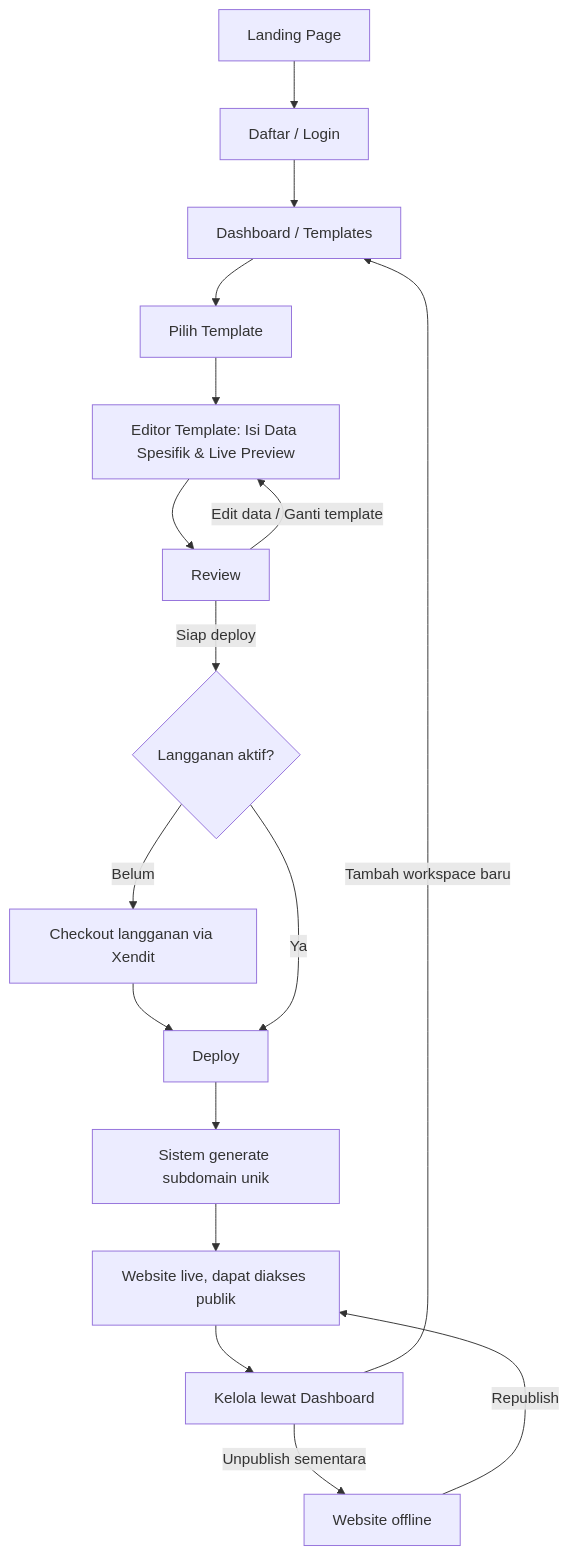
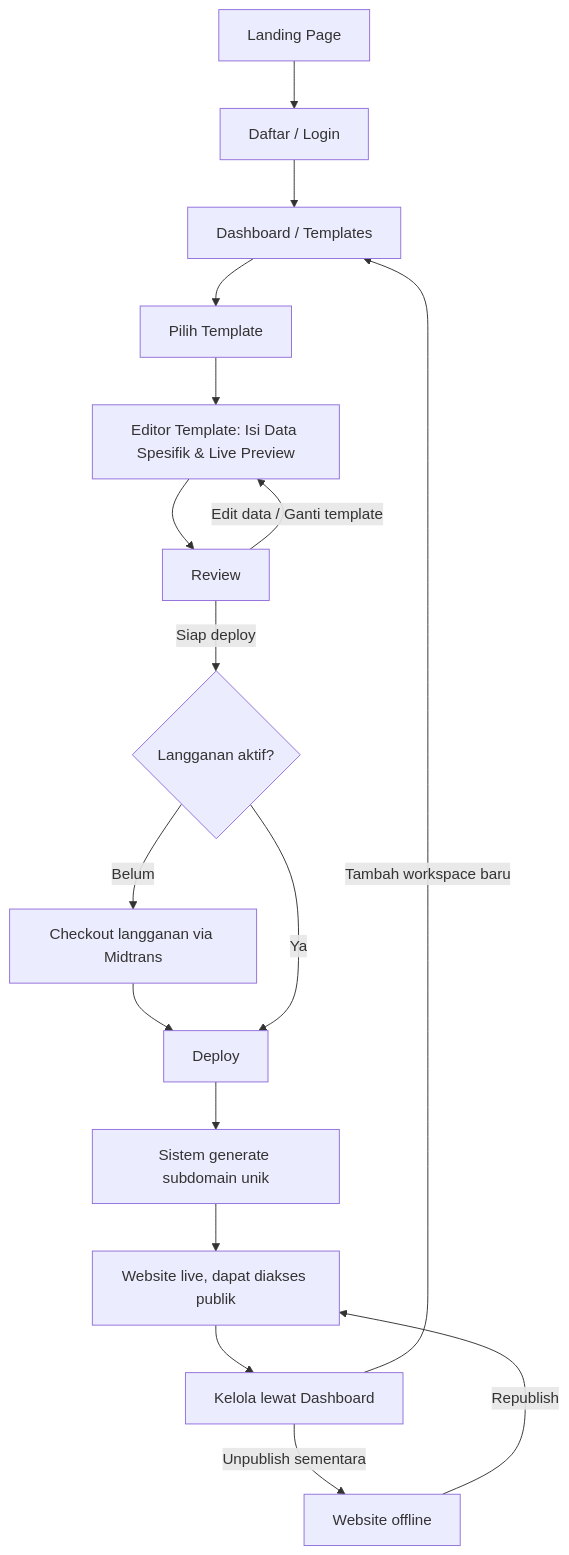
Before and after one commit to portofio-official/portofio-saas: the diagram in docs/PRD.md, drawn with Mermaid. The commit also changed other lines of this file and 7 other files, not shown here.

First line of the commit message:
chore(docs): sync remaining Xendit references to Midtrans billing

````diff
--- a/docs/PRD.md
+++ b/docs/PRD.md
@@ -93,19 +93,19 @@
 ```mermaid
 flowchart TD
     Z[Landing Page] --> A[Daftar / Login]
     A --> Dash[Dashboard / Templates]
     Dash --> C[Pilih Template]
     C --> C4[Editor Template: Isi Data Spesifik & Live Preview]
     C4 --> R[Review]
     R -- Edit data / Ganti template --> C4
     R -- Siap deploy --> P{Langganan aktif?}
-    P -- Belum --> Q[Checkout langganan via Xendit]
+    P -- Belum --> Q[Checkout langganan via Midtrans]
     Q --> F[Deploy]
     P -- Ya --> F
     F --> G[Sistem generate subdomain unik]
     G --> H[Website live, dapat diakses publik]
     H --> I[Kelola lewat Dashboard]
     I -- Tambah workspace baru --> Dash
     I -- Unpublish sementara --> J[Website offline]
     J -- Republish --> H
 ```
````
